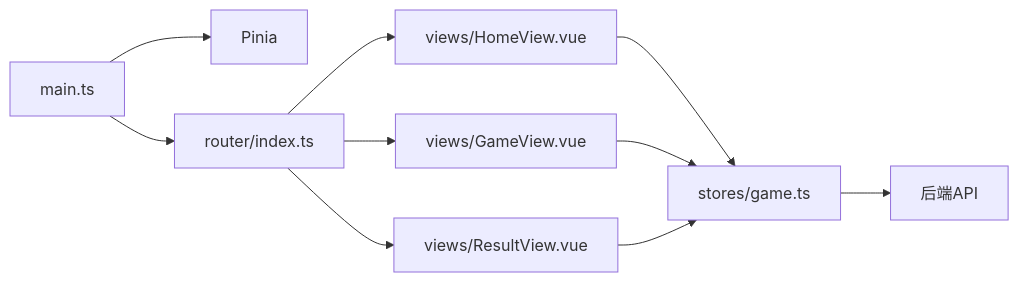
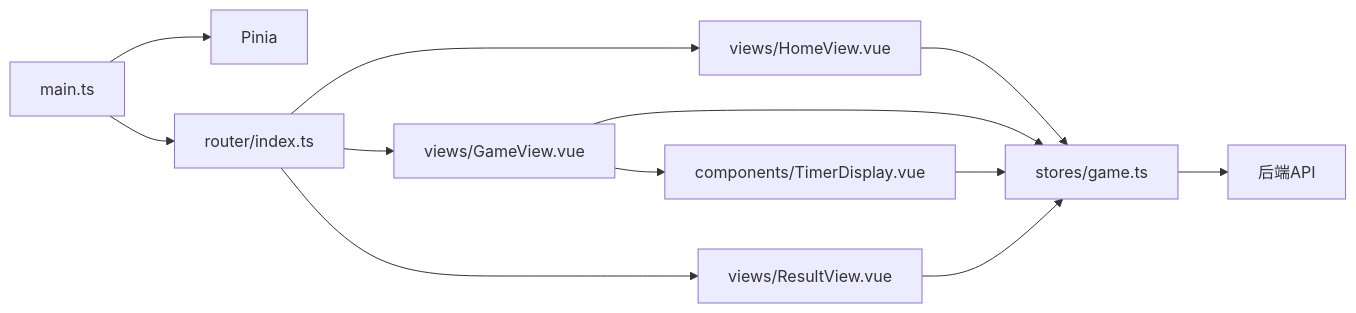
Before and after one commit to iazrael/feihua-ling: the fourth of 5 diagrams in .qoder/repowiki/zh/content/核心功能设计/游戏状态管理.md, drawn with Mermaid. The commit also changed other lines of this file and 23 other files, not shown here.

````diff
--- a/.qoder/repowiki/zh/content/核心功能设计/游戏状态管理.md
+++ b/.qoder/repowiki/zh/content/核心功能设计/游戏状态管理.md
@@ -216,12 +264,14 @@
 ```mermaid
 graph LR
 Main["main.ts"] --> Pinia["Pinia"]
 Main --> Router["router/index.ts"]
 Router --> Home["views/HomeView.vue"]
 Router --> Game["views/GameView.vue"]
 Router --> Result["views/ResultView.vue"]
 Home --> Store["stores/game.ts"]
 Game --> Store
 Result --> Store
 Store --> API["后端API"]
+Game --> Timer["components/TimerDisplay.vue"]
+Timer --> Store
 ```
````
